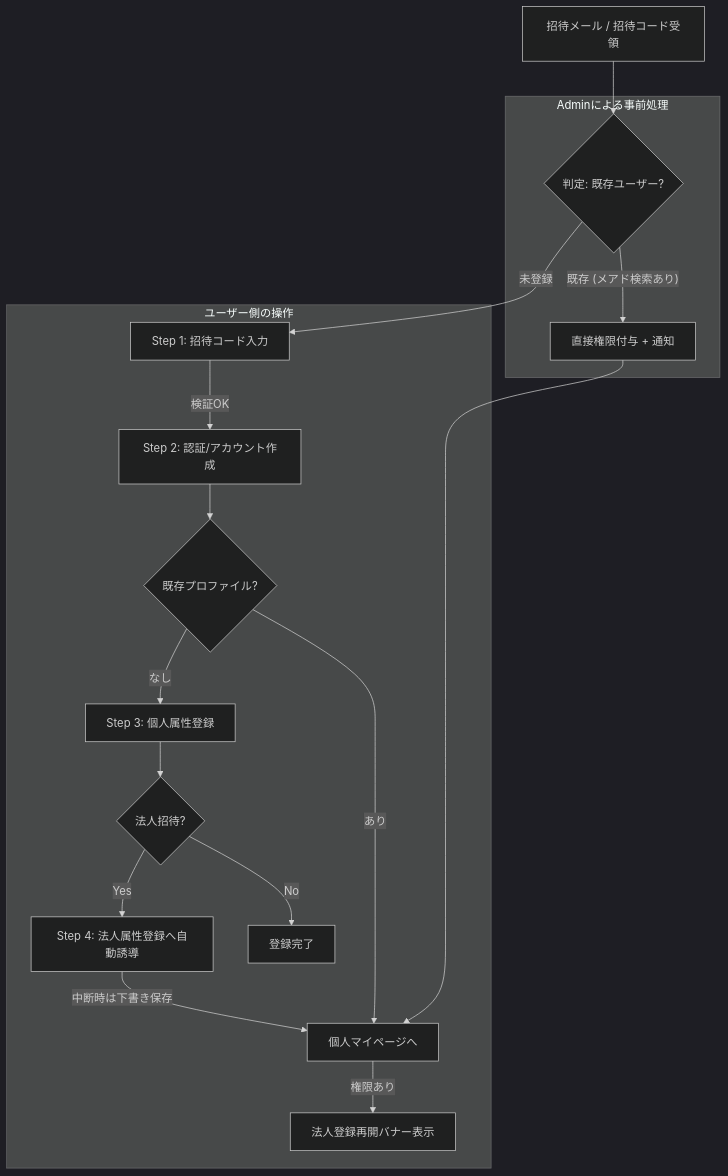
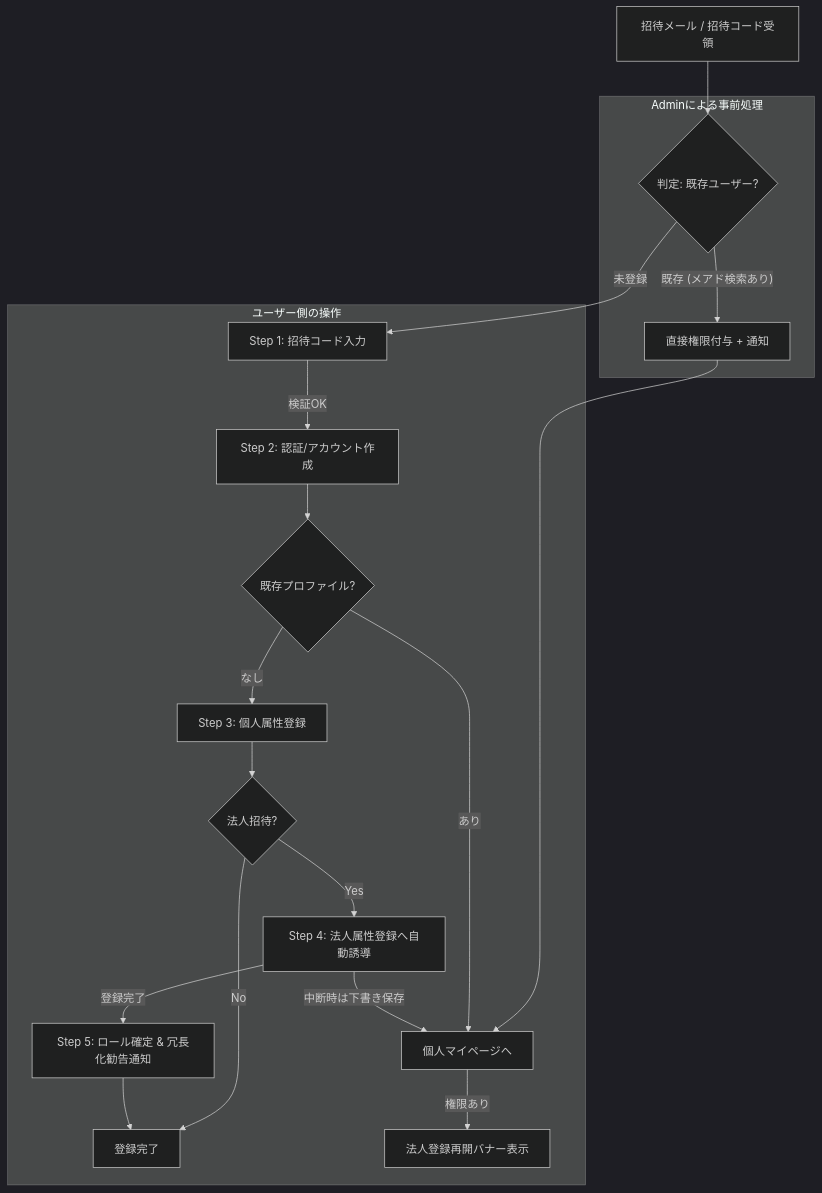
Before and after one commit to yama-0t0k0/forAgent: the diagram in docs/registration_flow_design.md, drawn with Mermaid (dark theme). The commit also changed other lines of this file and 13 other files, not shown here.

````diff
--- a/docs/registration_flow_design.md
+++ b/docs/registration_flow_design.md
@@ -13,22 +13,24 @@
 ```mermaid
 graph TD
     A[招待メール / 招待コード受領] --> B{判定: 既存ユーザー?}
     
     subgraph Admin_Logic [Adminによる事前処理]
         B -- 既存 (メアド検索あり) --> C1[直接権限付与 + 通知]
     end
 
     subgraph User_Flow [ユーザー側の操作]
         B -- 未登録 --> C2[Step 1: 招待コード入力]
         C2 -- 検証OK --> D[Step 2: 認証/アカウント作成]
         C1 --> E[個人マイページへ]
         D --> F{既存プロファイル?}
         F -- あり --> E
         F -- なし --> G[Step 3: 個人属性登録]
         G --> H{法人招待?}
         H -- Yes --> I[Step 4: 法人属性登録へ自動誘導]
         H -- No --> J[登録完了]
+        I -- 登録完了 --> L[Step 5: ロール確定 & 冗長化勧告通知]
+        L --> J
         I -- 中断時は下書き保存 --> E
         E -- 権限あり --> K[法人登録再開バナー表示]
     end
 ```
````
